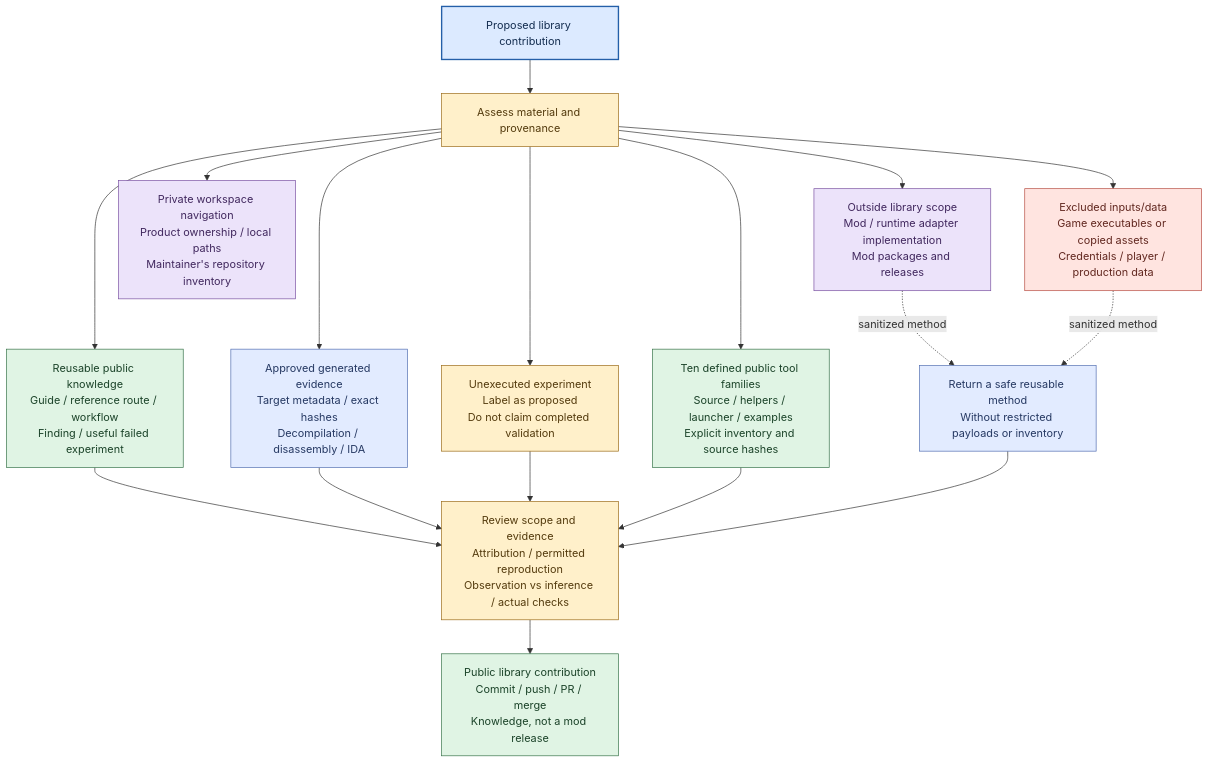
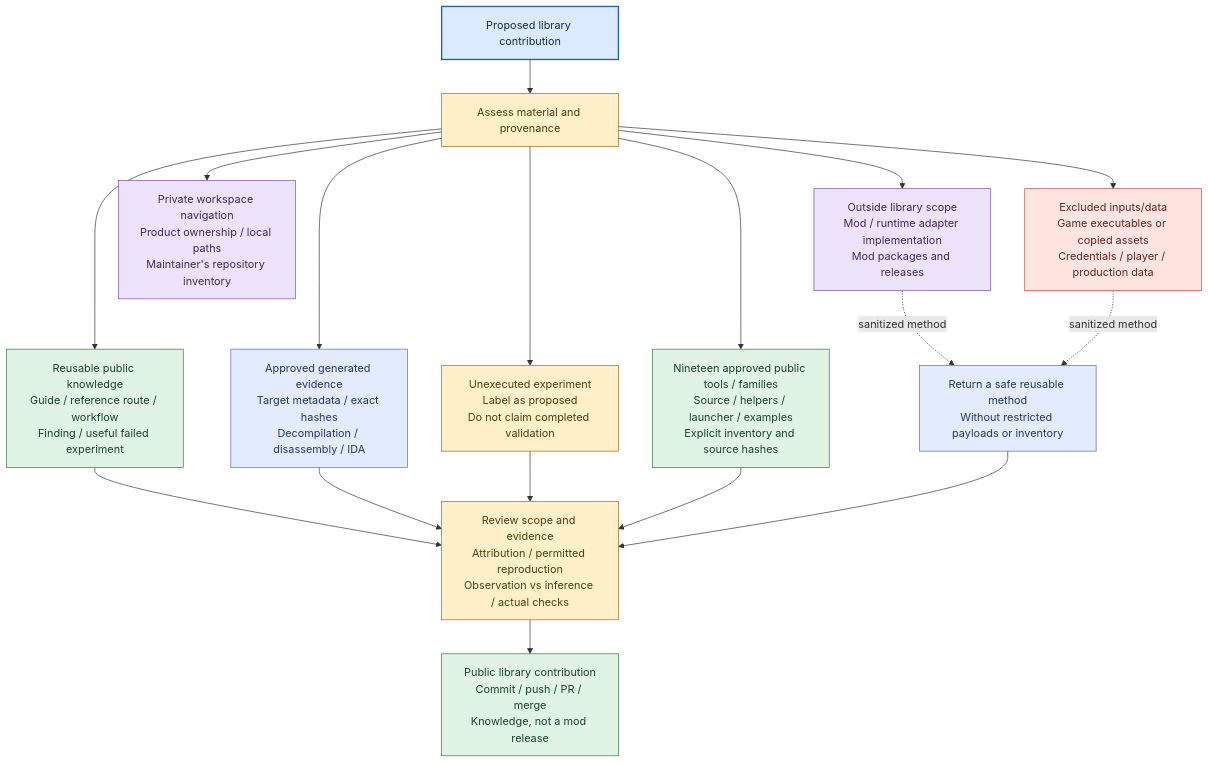
Before and after one commit to darkcenturies/gta-workshop: the diagram in docs/workshop/publication.mmd, drawn with Mermaid. The commit also changed 42 other files, not shown here.

Commit message:
Publish nine standalone Valkyrie tools and public GTA III development findings.

```diff
--- a/docs/workshop/publication.mmd
+++ b/docs/workshop/publication.mmd
@@ -1,47 +1,47 @@
 flowchart TB
     accTitle: Public GTA library contribution boundaries
     accDescr: Reusable guides, references, findings and approved generated evidence can be reviewed and merged. Proposed experiments stay labeled. Implementation, releases, private inventory, game payloads and private data stay outside the reference library.
     NEW["Proposed library contribution"]:::hub
     TYPE["Assess material and provenance"]:::gate
     KNOW["Reusable public knowledge
 Guide / reference route / workflow
 Finding / useful failed experiment"]:::public
     ARCH["Approved generated evidence
 Target metadata / exact hashes
 Decompilation / disassembly / IDA"]:::evidence
     IDEA["Unexecuted experiment
 Label as proposed
 Do not claim completed validation"]:::gate
     CODE["Outside library scope
 Mod / runtime adapter implementation
 Mod packages and releases"]:::project
-    TOOL["Ten defined public tool families
+    TOOL["Nineteen approved public tools / families
 Source / helpers / launcher / examples
 Explicit inventory and source hashes"]:::public
     INV["Private workspace navigation
 Product ownership / local paths
 Maintainer's repository inventory"]:::project
     INPUT["Excluded inputs/data
 Game executables or copied assets
 Credentials / player / production data"]:::excluded
     REVIEW["Review scope and evidence
 Attribution / permitted reproduction
 Observation vs inference / actual checks"]:::gate
     MERGE["Public library contribution
 Commit / push / PR / merge
 Knowledge, not a mod release"]:::public
     SAFE["Return a safe reusable method
 Without restricted payloads or inventory"]:::evidence
     NEW --> TYPE
     TYPE --> KNOW & ARCH & IDEA & TOOL & CODE & INV & INPUT
     KNOW & ARCH & IDEA & TOOL --> REVIEW --> MERGE
     CODE & INPUT -. sanitized method .-> SAFE
     SAFE --> REVIEW
 
     classDef hub fill:#dceaff,stroke:#245fa8,color:#132d50,stroke-width:2px;
     classDef reference fill:#d9f4f4,stroke:#267b80,color:#153e42;
     classDef gate fill:#fff0ca,stroke:#9a6a16,color:#543b0e;
     classDef evidence fill:#e2ebff,stroke:#526eb1,color:#263963;
     classDef public fill:#e0f4e4,stroke:#367349,color:#1b4329;
     classDef project fill:#ece3fa,stroke:#7950a1,color:#41285e;
     classDef excluded fill:#ffe4e0,stroke:#b64c41,color:#622820;
```
